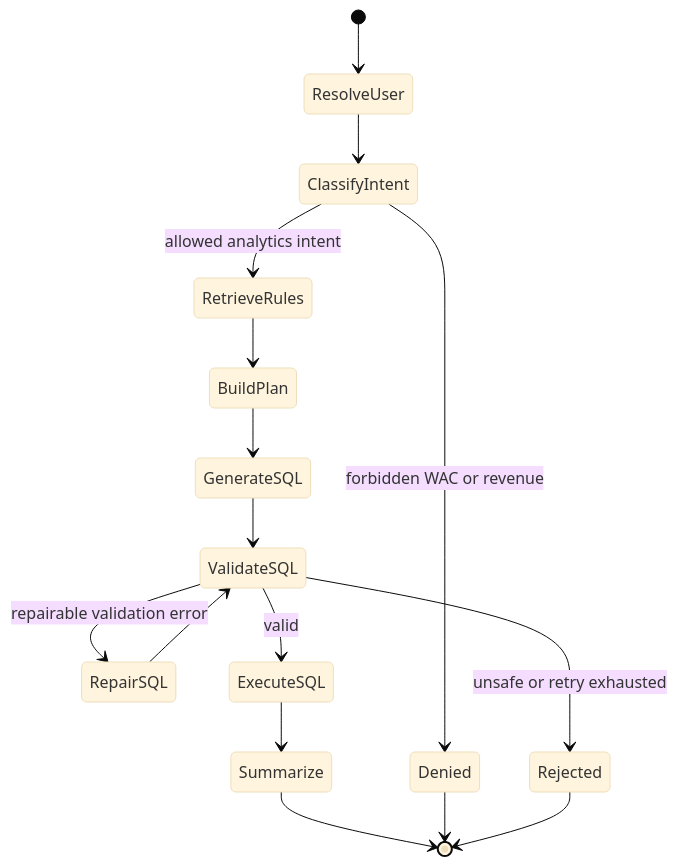
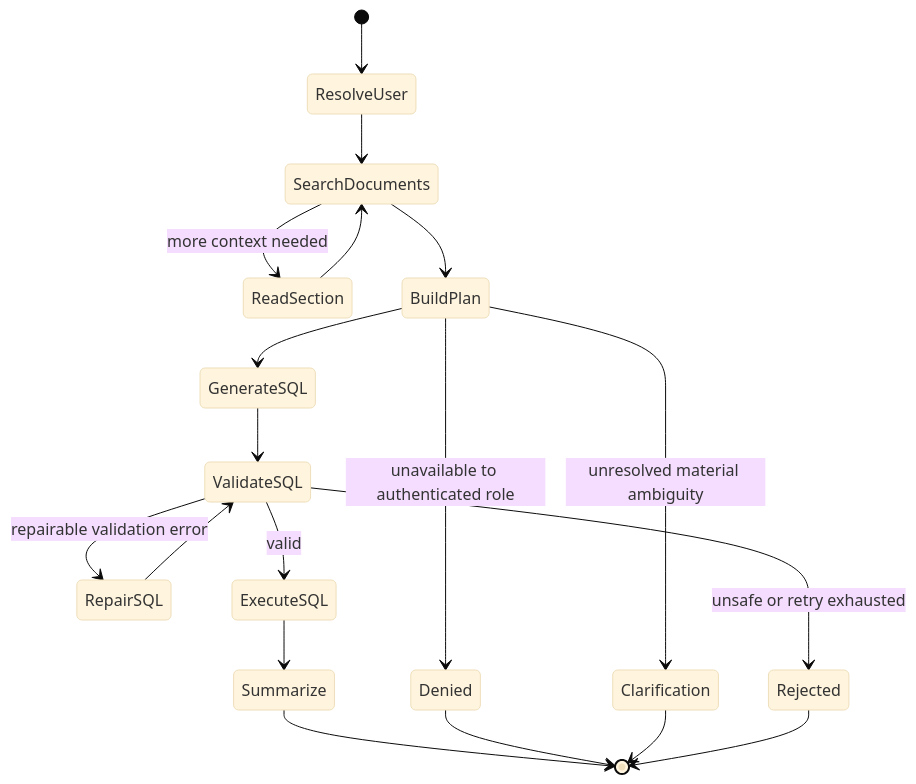
The first of 2 diagrams in docs/architecture.md (shraddhagadale/pharma-nl2sql-assistant), drawn with Mermaid (base theme) before and after one commit. The commit also changed other lines of this file and 47 other files, not shown here.

````diff
--- a/docs/architecture.md
+++ b/docs/architecture.md
@@ -51,18 +51,21 @@
 ```mermaid
 stateDiagram-v2
     [*] --> ResolveUser
-    ResolveUser --> ClassifyIntent
-    ClassifyIntent --> Denied: forbidden WAC or revenue
-    ClassifyIntent --> RetrieveRules: allowed analytics intent
-    RetrieveRules --> BuildPlan
+    ResolveUser --> SearchDocuments
+    SearchDocuments --> ReadSection: more context needed
+    ReadSection --> SearchDocuments
+    SearchDocuments --> BuildPlan
+    BuildPlan --> Denied: unavailable to authenticated role
+    BuildPlan --> Clarification: unresolved material ambiguity
     BuildPlan --> GenerateSQL
     GenerateSQL --> ValidateSQL
     ValidateSQL --> RepairSQL: repairable validation error
     RepairSQL --> ValidateSQL
     ValidateSQL --> Rejected: unsafe or retry exhausted
     ValidateSQL --> ExecuteSQL: valid
     ExecuteSQL --> Summarize
     Summarize --> [*]
     Denied --> [*]
+    Clarification --> [*]
     Rejected --> [*]
 ```
````
